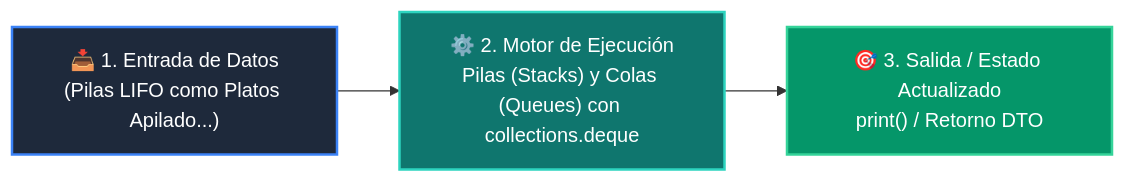
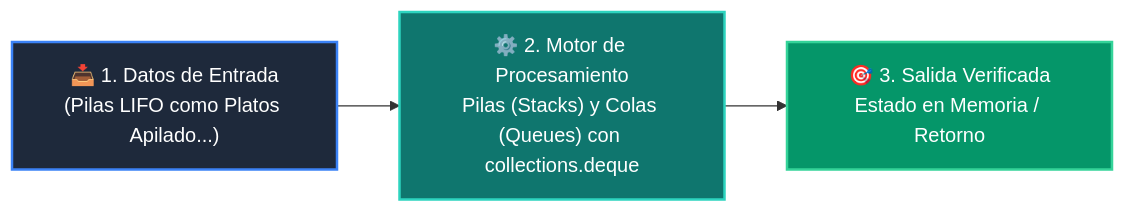
Before and after one commit to wisrovi/wisrovi-python: the diagram in 02-algoritmos-estructuras/clase-02-pilas-y-colas/README.md, drawn with Mermaid. The commit also changed other lines of this file and 226 other files, not shown here.

Commit message:
docs: elevate all repository READMEs to world-class mastery standard with rich pedagogical architecture, custom Mermaids, and professional styling

````diff
--- a/02-algoritmos-estructuras/clase-02-pilas-y-colas/README.md
+++ b/02-algoritmos-estructuras/clase-02-pilas-y-colas/README.md
@@ -12,9 +26,9 @@
 ```mermaid
 flowchart LR
-    A["📥 1. Entrada de Datos<br/>(Pilas LIFO como Platos Apilado...)"] --> B["⚙️ 2. Motor de Ejecución<br/>Pilas (Stacks) y Colas (Queues) con collections.deque"]
-    B --> C["🎯 3. Salida / Estado Actualizado<br/>print() / Retorno DTO"]
+    IN["📥 1. Datos de Entrada<br/>(Pilas LIFO como Platos Apilado...)"] --> ENG["⚙️ 2. Motor de Procesamiento<br/>Pilas (Stacks) y Colas (Queues) con collections.deque"]
+    ENG --> OUT["🎯 3. Salida Verificada<br/>Estado en Memoria / Retorno"]
 
-    style A fill:#1e293b,color:#ffffff,stroke:#3b82f6,stroke-width:2px
-    style B fill:#0f766e,color:#ffffff,stroke:#2dd4bf,stroke-width:2px
-    style C fill:#059669,color:#ffffff,stroke:#34d399,stroke-width:2px
+    style IN fill:#1e293b,color:#ffffff,stroke:#3b82f6,stroke-width:2px
+    style ENG fill:#0f766e,color:#ffffff,stroke:#2dd4bf,stroke-width:2px
+    style OUT fill:#059669,color:#ffffff,stroke:#34d399,stroke-width:2px
 ```
````
